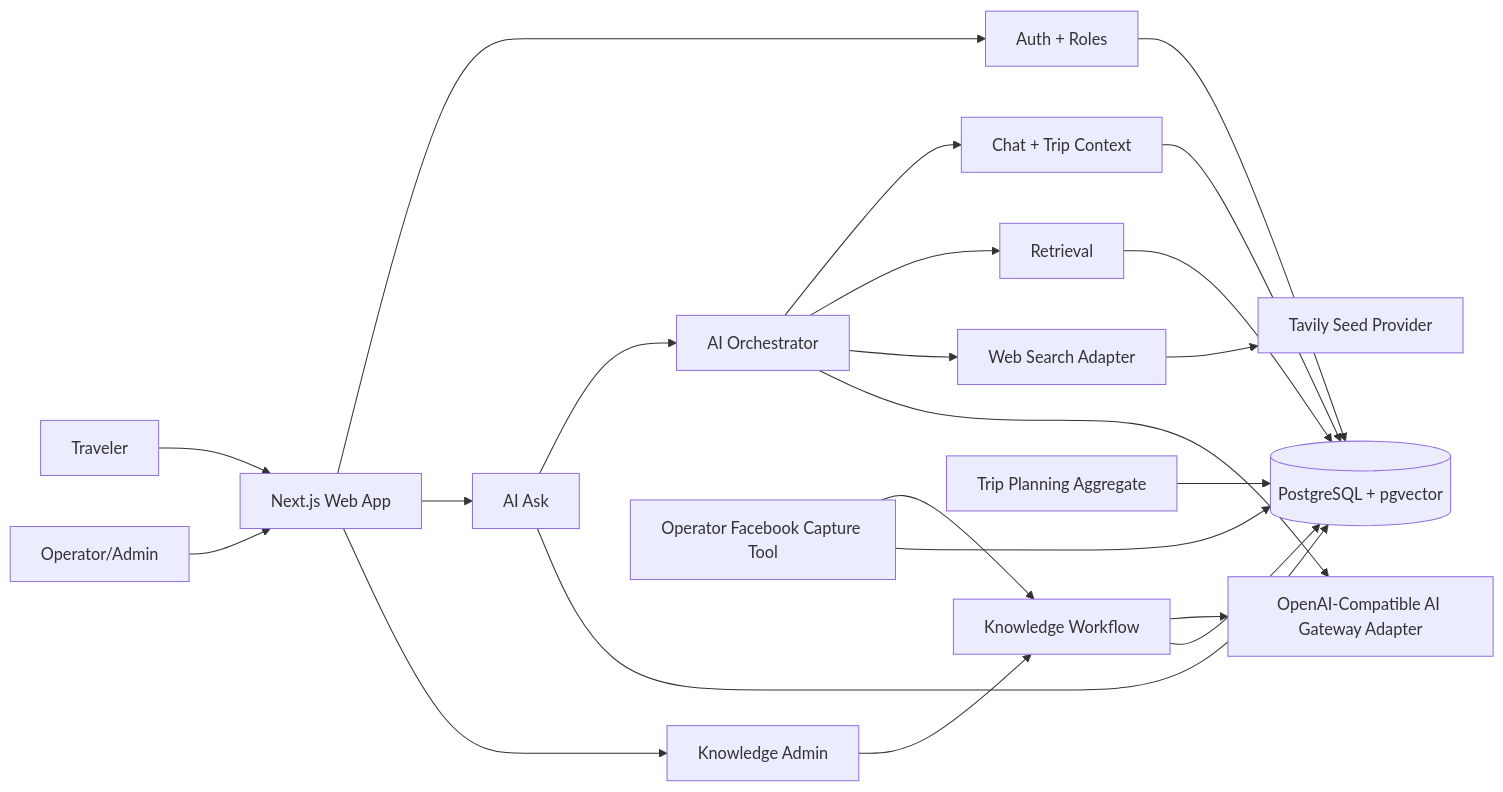
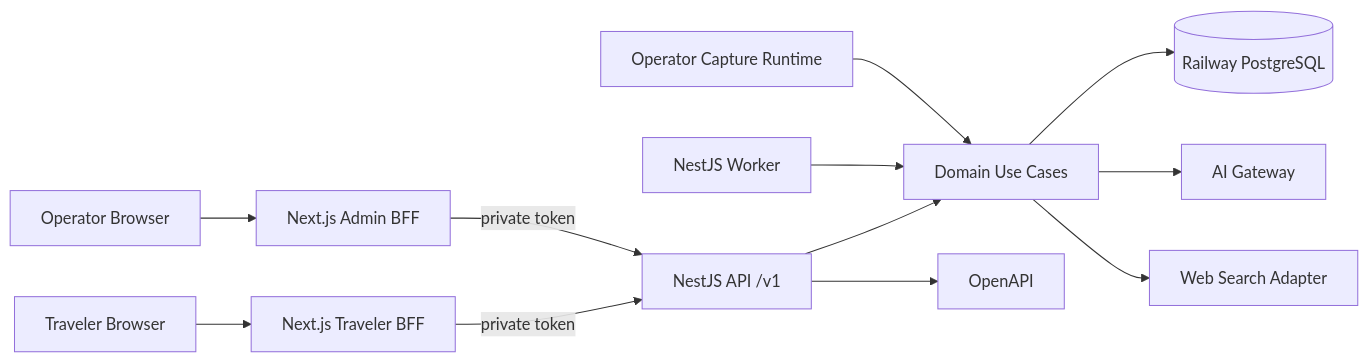
The first of 3 diagrams in _bmad-output/planning-artifacts/architecture/architecture-xuyenviet-2026-07-04/ARCHITECTURE-SPINE.md (tonytippi/xuyenviet), drawn with Mermaid before and after one commit. The commit also changed other lines of this file and 4 other files, not shown here.

Commit message:
docs: ratify API-first architecture

````diff
--- a/_bmad-output/planning-artifacts/architecture/architecture-xuyenviet-2026-07-04/ARCHITECTURE-SPINE.md
+++ b/_bmad-output/planning-artifacts/architecture/architecture-xuyenviet-2026-07-04/ARCHITECTURE-SPINE.md
@@ -21,24 +21,14 @@
 ```mermaid
 flowchart LR
-  Traveler[Traveler] --> Web[Next.js Web App]
-  Operator[Operator/Admin] --> Web
-  Web --> Auth[Auth + Roles]
-  Web --> Chat[AI Ask]
-  Web --> Admin[Knowledge Admin]
-  Chat --> Orchestrator[AI Orchestrator]
-  Admin --> Knowledge[Knowledge Workflow]
-  Orchestrator --> ChatContext[Chat + Trip Context]
-  Orchestrator --> Retrieval[Retrieval]
-  Orchestrator --> Search[Web Search Adapter]
-  Orchestrator --> AIGateway[OpenAI-Compatible AI Gateway Adapter]
-  Knowledge --> AIGateway
-  ChatContext --> DB[(PostgreSQL + pgvector)]
-  TripPlan[Trip Planning Aggregate] --> DB
-  Retrieval --> DB
-  Knowledge --> DB
-  Capture[Operator Facebook Capture Tool] --> Knowledge
-  Capture --> DB
-  Auth --> DB
-  Chat --> DB
-  Search --> Tavily[Tavily Seed Provider]
+  Traveler[Traveler Browser] --> Web[Next.js Traveler BFF]
+  Operator[Operator Browser] --> Admin[Next.js Admin BFF]
+  Web -->|private token| API[NestJS API /v1]
+  Admin -->|private token| API
+  API --> Domain[Domain Use Cases]
+  Worker[NestJS Worker] --> Domain
+  Domain --> DB[(Railway PostgreSQL)]
+  Domain --> AIGateway[AI Gateway]
+  Domain --> Search[Web Search Adapter]
+  Capture[Operator Capture Runtime] --> Domain
+  API --> OpenAPI[OpenAPI]
 ```
````
